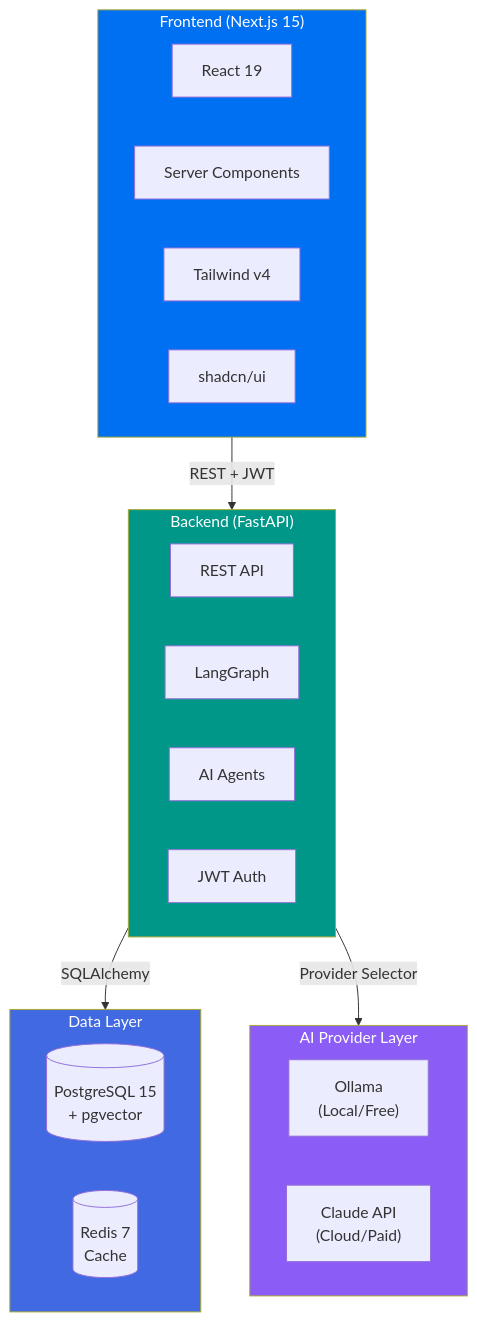
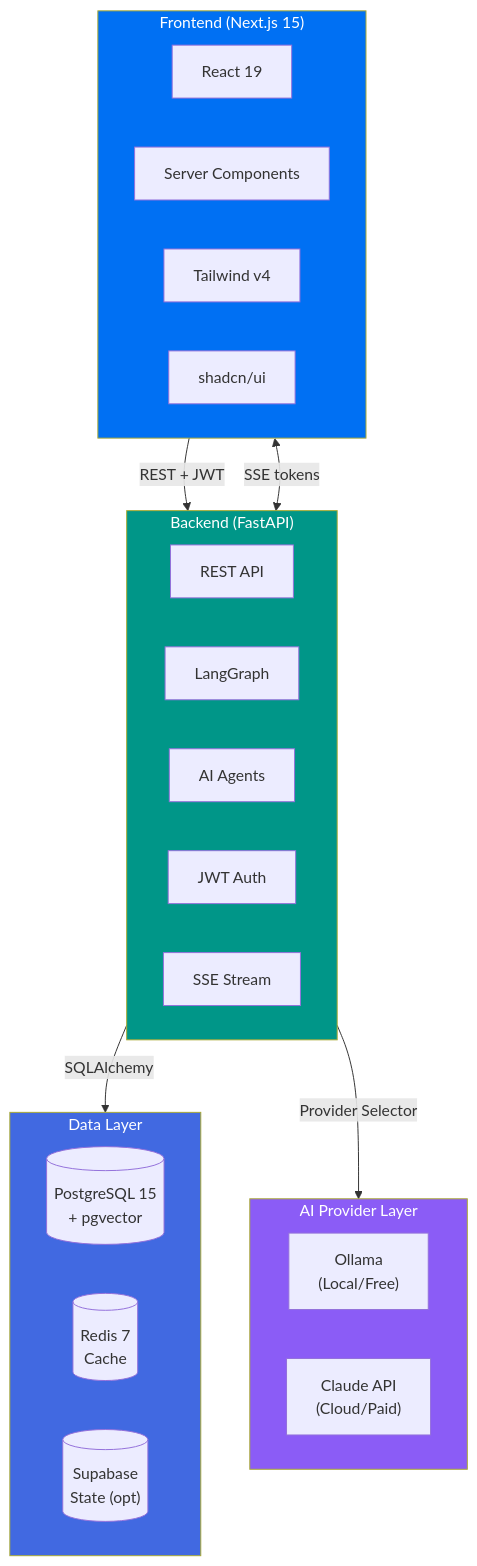
Before and after one commit to CleanExpo/NodeJS-Starter-V1: the first of 2 diagrams in README.md, drawn with Mermaid. The commit also changed other lines of this file, not shown here.

First line of the commit message:
docs(readme): update to reflect Anthropic integrations and Supabase backend

````diff
--- a/README.md
+++ b/README.md
@@ -68,39 +76,42 @@
 ```mermaid
 flowchart TB
     subgraph Frontend["Frontend (Next.js 15)"]
         direction LR
         React["React 19"]
         RSC["Server Components"]
         TW["Tailwind v4"]
         Shadcn["shadcn/ui"]
     end
 
     subgraph Backend["Backend (FastAPI)"]
         direction LR
         API["REST API"]
         LG["LangGraph"]
         Agents["AI Agents"]
         Auth["JWT Auth"]
+        SSE["SSE Stream"]
     end
 
     subgraph Data["Data Layer"]
         direction LR
         PG[("PostgreSQL 15\n+ pgvector")]
         Redis[("Redis 7\nCache")]
+        Supabase[("Supabase\nState (opt)")]
     end
 
     subgraph AI["AI Provider Layer"]
         direction LR
         Ollama["Ollama\n(Local/Free)"]
         Claude["Claude API\n(Cloud/Paid)"]
     end
 
     Frontend -->|"REST + JWT"| Backend
+    Frontend <-->|"SSE tokens"| SSE
     Backend -->|"SQLAlchemy"| Data
     Backend -->|"Provider Selector"| AI
 
     style Frontend fill:#0070f3,color:#fff
     style Backend fill:#009688,color:#fff
     style Data fill:#4169E1,color:#fff
     style AI fill:#8b5cf6,color:#fff
 ```
````
